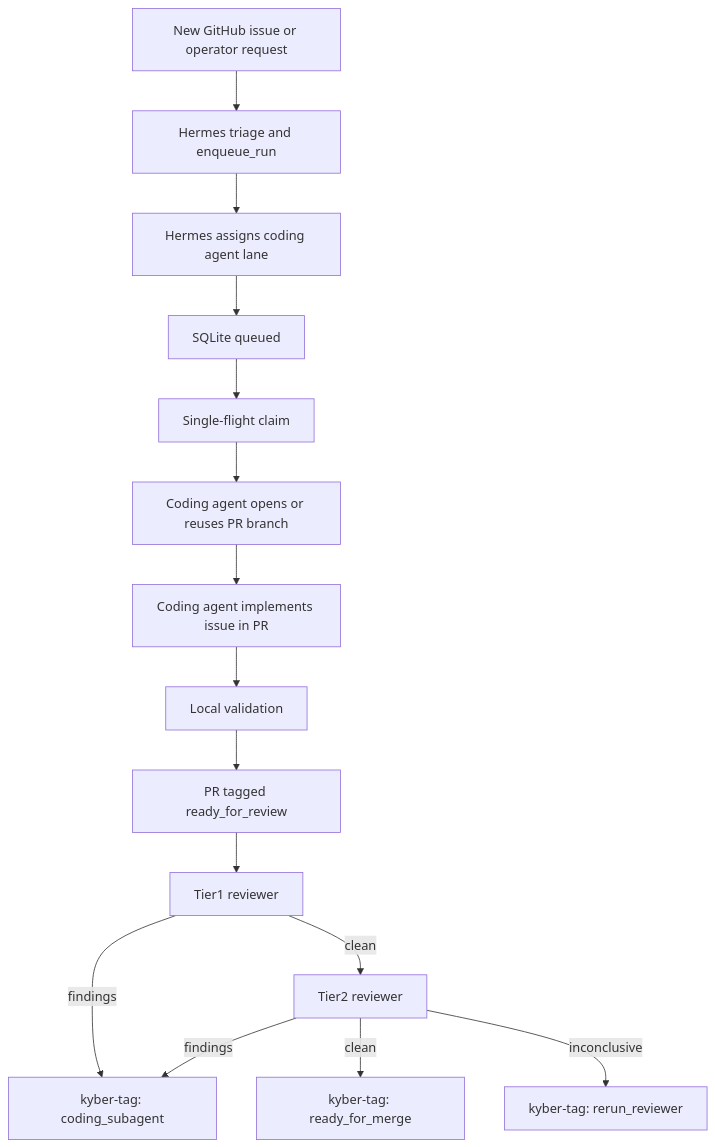
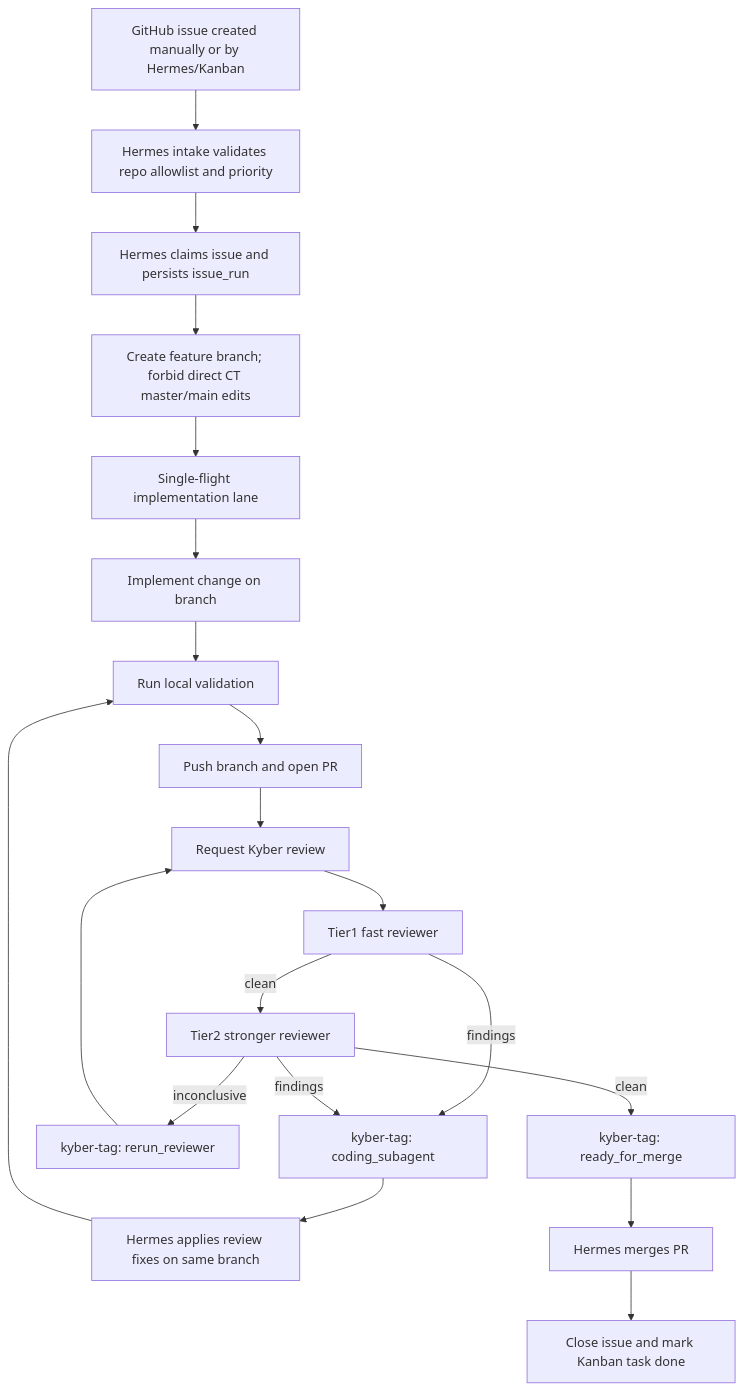
Before and after one commit to m0nklabs/kyberm0nk: the diagram in docs/ARCHITECTURE.md, drawn with Mermaid. The commit also changed other lines of this file and 3 other files, not shown here.

Commit message:
docs(pipeline): enforce autonomous CT issue-to-merge model

````diff
--- a/docs/ARCHITECTURE.md
+++ b/docs/ARCHITECTURE.md
@@ -70,17 +70,22 @@
 ```mermaid
 flowchart TD
-    A[New GitHub issue or operator request] --> B[Hermes triage and enqueue_run]
-    B --> C[Hermes assigns coding agent lane]
-    C --> D[SQLite queued]
-    D --> E[Single-flight claim]
-    E --> F[Coding agent opens or reuses PR branch]
-    F --> G[Coding agent implements issue in PR]
-    G --> H[Local validation]
-    H --> I[PR tagged ready_for_review]
-    I --> J[Tier1 reviewer]
-    J -->|findings| K[kyber-tag: coding_subagent]
-    J -->|clean| L[Tier2 reviewer]
-    L -->|findings| K
-    L -->|clean| M[kyber-tag: ready_for_merge]
-    L -->|inconclusive| N[kyber-tag: rerun_reviewer]
+    A[GitHub issue created manually or by Hermes/Kanban] --> B[Hermes intake validates repo allowlist and priority]
+    B --> C[Hermes claims issue and persists issue_run]
+    C --> D[Create feature branch; forbid direct CT master/main edits]
+    D --> E[Single-flight implementation lane]
+    E --> F[Implement change on branch]
+    F --> G[Run local validation]
+    G --> H[Push branch and open PR]
+    H --> I[Request Kyber review]
+    I --> J[Tier1 fast reviewer]
+    J -->|clean| K[Tier2 stronger reviewer]
+    J -->|findings| L[kyber-tag: coding_subagent]
+    K -->|findings| L
+    K -->|inconclusive| M[kyber-tag: rerun_reviewer]
+    K -->|clean| N[kyber-tag: ready_for_merge]
+    L --> O[Hermes applies review fixes on same branch]
+    O --> G
+    M --> I
+    N --> P[Hermes merges PR]
+    P --> Q[Close issue and mark Kanban task done]
 ```
````
